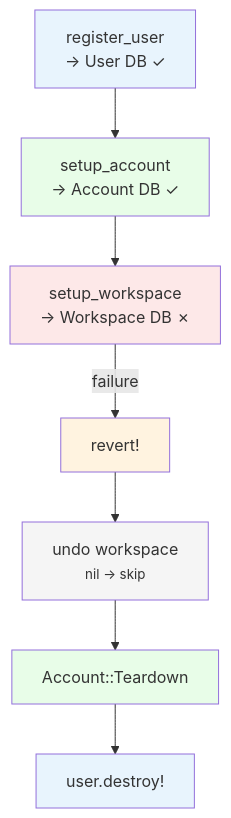
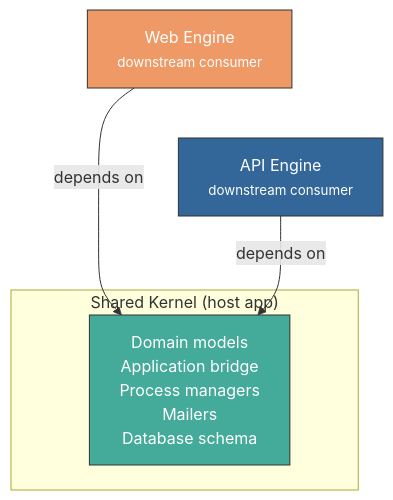
One commit to railswhey/app changed the second of 4 diagrams in README.md. Above: the diagram before and after it, drawn with Mermaid. The commit also changed other lines of this file and 259 other files, not shown here.

Commit message:
7D: Extracting Web and API into engines over a headless Shared Kernel

````diff
--- a/README.md
+++ b/README.md
@@ -210,17 +68,17 @@
 ```mermaid
 flowchart TD
-  R["register_user<br/>→ User DB ✓"] --> A["setup_account<br/>→ Account DB ✓"]
-  A --> W["setup_workspace<br/>→ Workspace DB ✗"]
-  W -->|"failure"| REV["revert!"]
-  REV --> RW["undo workspace<br/><small>nil → skip</small>"]
-  RW --> RA["Account::Teardown"]
-  RA --> RU["user.destroy!"]
+    subgraph "Shared Kernel (host app)"
+        K["Domain models<br>Application bridge<br>Process managers<br>Mailers<br>Database schema"]
+    end
 
-  style R fill:#e8f4fd
-  style A fill:#e8fde8
-  style W fill:#fde8e8
-  style REV fill:#fff3e0
-  style RW fill:#f5f5f5
-  style RA fill:#e8fde8
-  style RU fill:#e8f4fd
+    W["Web Engine<br><small>downstream consumer</small>"]
+    A["API Engine<br><small>downstream consumer</small>"]
+
+    W -- "depends on" --> K
+    A -- "depends on" --> K
+    W ~~~ A
+
+    style K fill:#4a9,stroke:#333,color:#fff
+    style W fill:#e96,stroke:#333,color:#fff
+    style A fill:#369,stroke:#333,color:#fff
 ```
````
